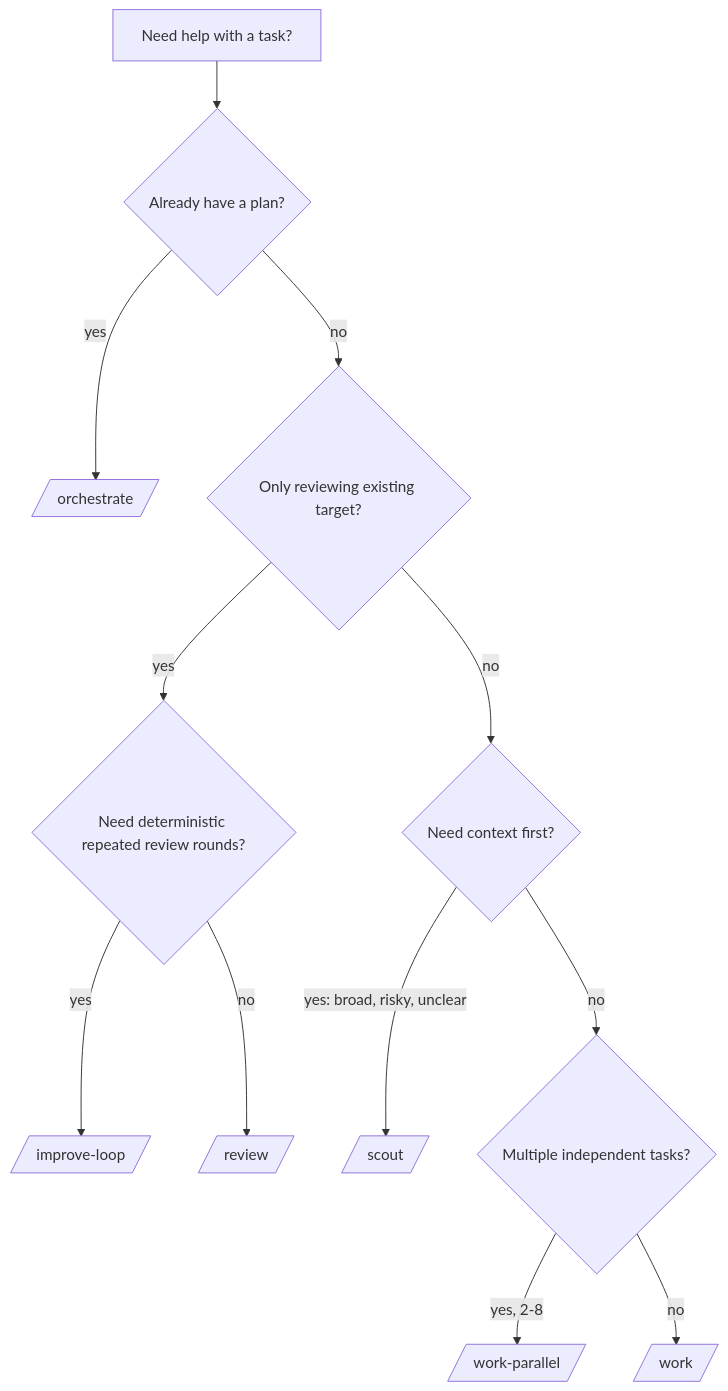
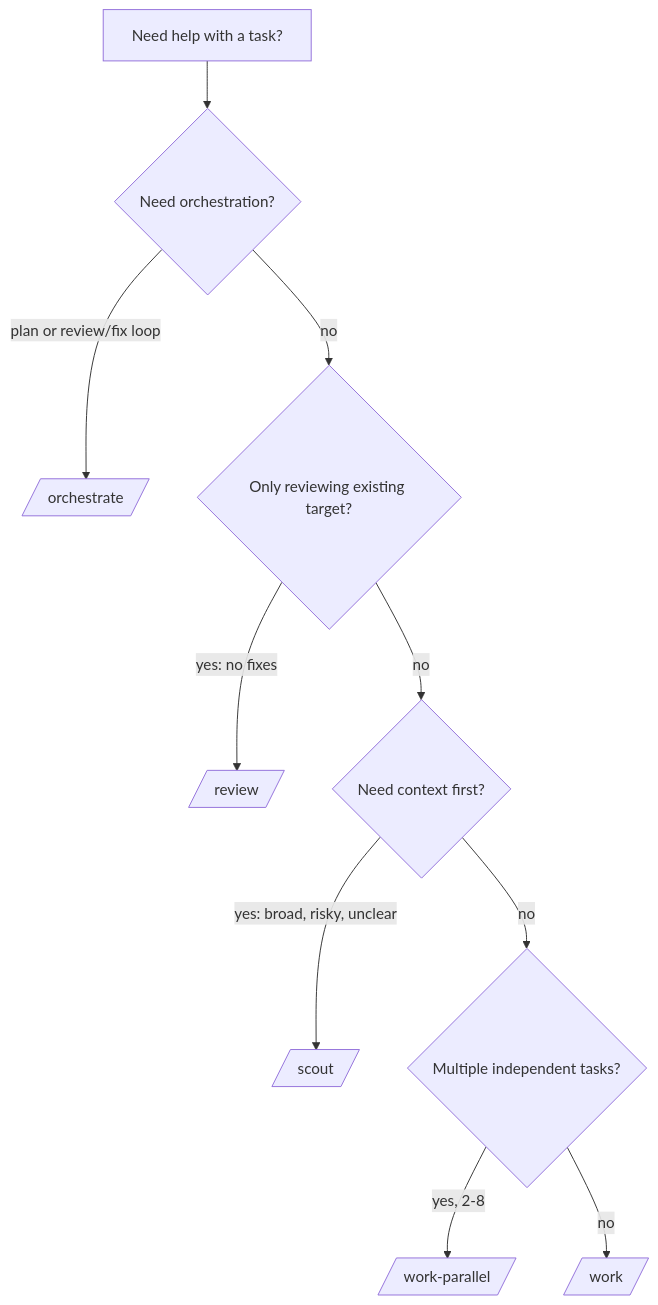
One commit to SkipXS/pi-simple-subagents changed the second of 4 diagrams in README.md. Above: the diagram before and after it, drawn with Mermaid. The commit also changed other lines of this file and 7 other files, not shown here.

````diff
--- a/README.md
+++ b/README.md
@@ -128,14 +122,12 @@
 ```mermaid
 flowchart TD
-  A[Need help with a task?] --> B{Already have a plan?}
-  B -->|yes| O[/orchestrate/]
+  A[Need help with a task?] --> B{Need orchestration?}
+  B -->|plan or review/fix loop| O[/orchestrate/]
   B -->|no| C{Only reviewing existing target?}
-  C -->|yes| L{Need deterministic repeated review rounds?}
-  L -->|yes| I[/improve-loop/]
-  L -->|no| R[/review/]
+  C -->|yes: no fixes| R[/review/]
   C -->|no| D{Need context first?}
   D -->|yes: broad, risky, unclear| S[/scout/]
   D -->|no| E{Multiple independent tasks?}
   E -->|yes, 2-8| P[/work-parallel/]
   E -->|no| W[/work/]
 ```
````
